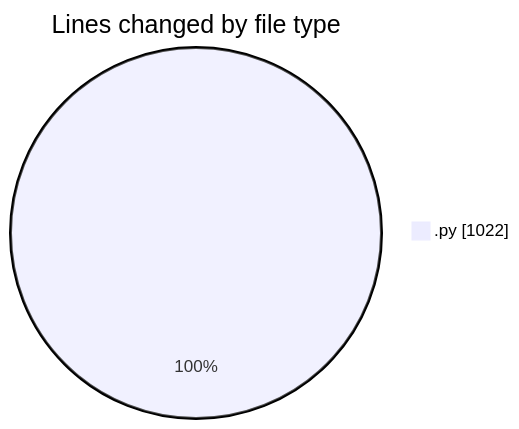
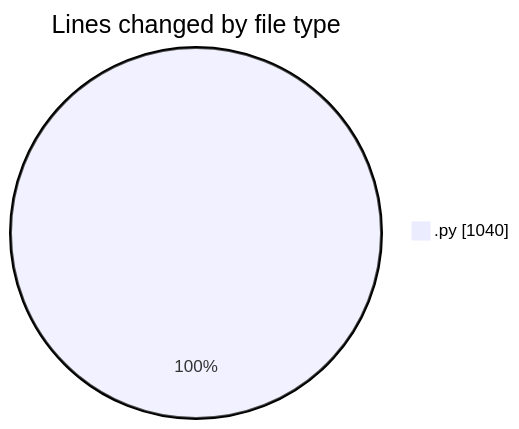
One commit to julien-gomy/code-tracking changed the first of 2 diagrams in 2025-11-07/eventscop-api-guide__workspace_/README.md. Above: the diagram before and after it, drawn with Mermaid. The commit also changed other lines of this file and 1 other file, not shown here.

````diff
--- a/2025-11-07/eventscop-api-guide__workspace_/README.md
+++ b/2025-11-07/eventscop-api-guide__workspace_/README.md
@@ -23,5 +23,5 @@
 ```mermaid
 pie showData
 title Lines changed by file type
-".py" : 1022
+".py" : 1040
 ```
````
